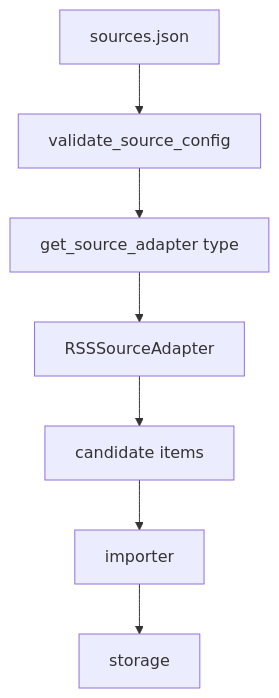
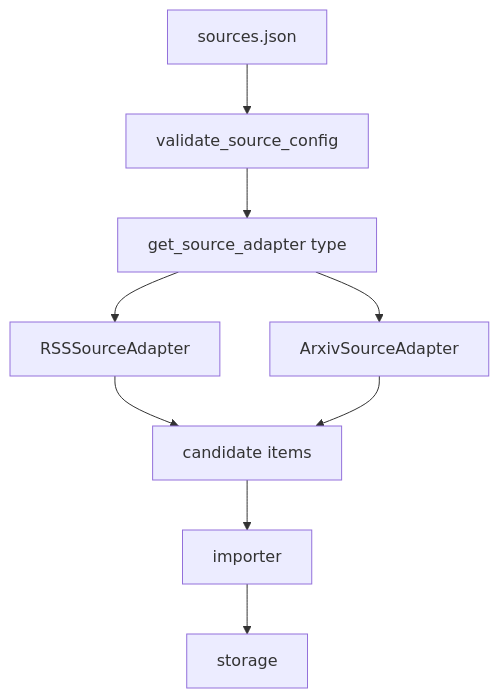
Before and after one commit to lingyu2023gla-star/ai-space-industry-radar: the fifth of 5 diagrams in docs/architecture.md, drawn with Mermaid. The commit also changed other lines of this file and 9 other files, not shown here.

Commit message:
feat: add arxiv source adapter

````diff
--- a/docs/architecture.md
+++ b/docs/architecture.md
@@ -93,9 +93,11 @@
 ```mermaid
 flowchart TD
     A[sources.json] --> B[validate_source_config]
     B --> C[get_source_adapter type]
     C --> D[RSSSourceAdapter]
-    D --> E[candidate items]
-    E --> F[importer]
-    F --> G[storage]
+    C --> E[ArxivSourceAdapter]
+    D --> F[candidate items]
+    E --> F
+    F --> G[importer]
+    G --> H[storage]
 ```
````
